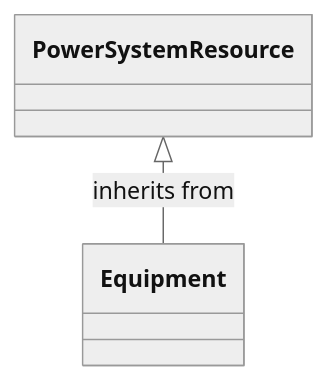
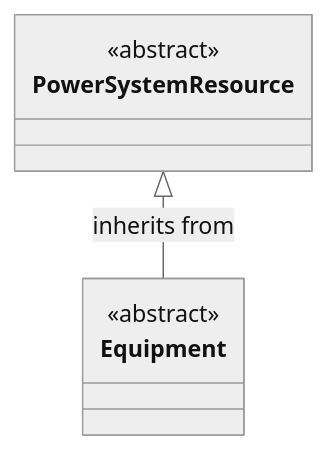
Before and after one commit to PNNL-CIM-Tools/CIM-Graph: the tenth of 14 diagrams in cimgraph/data_profile/cim18gmdm/asset/Asset.rdfs-t2b.md, drawn with Mermaid (neutral theme). The commit also changed other lines of this file and 28 other files, not shown here.

````diff
--- a/cimgraph/data_profile/cim18gmdm/asset/Asset.rdfs-t2b.md
+++ b/cimgraph/data_profile/cim18gmdm/asset/Asset.rdfs-t2b.md
@@ -429,6 +495,14 @@
 ```mermaid
 classDiagram
-class Equipment{
+direction TB
+
+class Equipment {
+<<abstract>>
 }
+
+class PowerSystemResource {
+<<abstract>>
+}
+
 PowerSystemResource <|-- Equipment : inherits from
 ```
````
